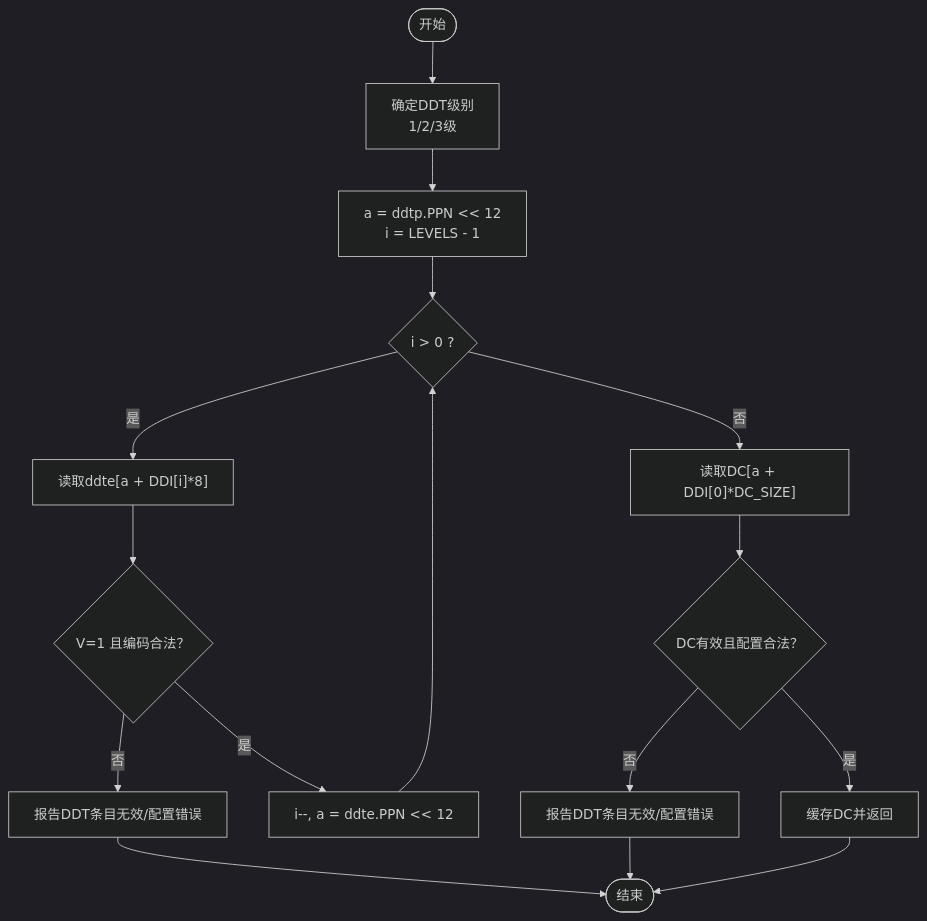
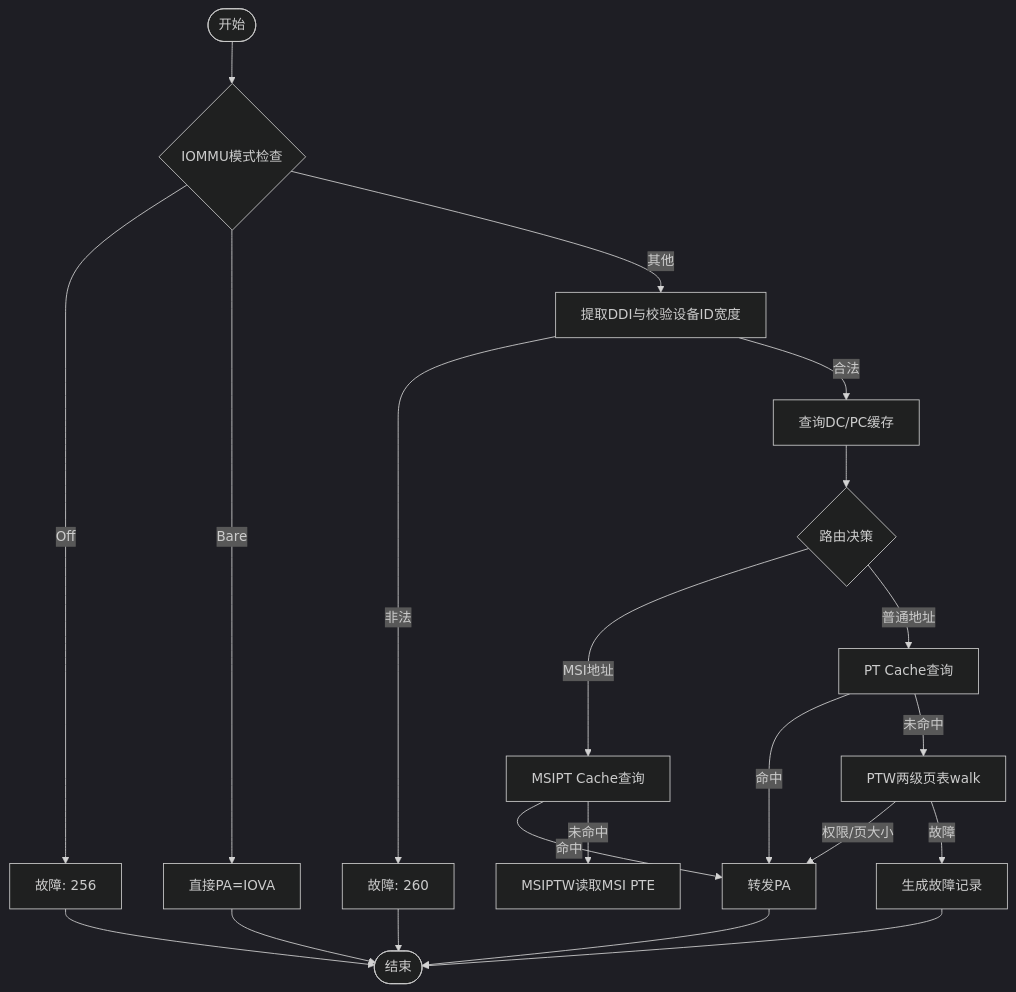
One commit to jiangjiang1122/iommu_model_20260401_v1 changed the fourth of 6 diagrams in .qoder/repowiki/zh/content/项目概述/项目概述.md. Above: the diagram before and after it, drawn with Mermaid (dark theme). The commit also changed other lines of this file and 92 other files, not shown here.

````diff
--- a/.qoder/repowiki/zh/content/项目概述/项目概述.md
+++ b/.qoder/repowiki/zh/content/项目概述/项目概述.md
@@ -224,18 +224,23 @@
 ```mermaid
 flowchart TD
-Start(["开始"]) --> Mode["确定DDT级别<br/>1/2/3级"]
-Mode --> Init["a = ddtp.PPN << 12<br/>i = LEVELS - 1"]
-Init --> Loop{"i > 0 ?"}
-Loop --> |是| Walk["读取ddte[a + DDI[i]*8]"]
-Walk --> Check1{"V=1 且编码合法？"}
-Check1 --> |否| Fault1["报告DDT条目无效/配置错误"]
-Check1 --> |是| Next["i--, a = ddte.PPN << 12"]
-Next --> Loop
-Loop --> |否| ReadDC["读取DC[a + DDI[0]*DC_SIZE]"]
-ReadDC --> Check2{"DC有效且配置合法？"}
-Check2 --> |否| Fault2["报告DDT条目无效/配置错误"]
-Check2 --> |是| Cache["缓存DC并返回"]
-Fault1 --> End(["结束"])
-Fault2 --> End
-Cache --> End
+START(["开始"]) --> MODE{"IOMMU模式检查"}
+MODE --> |Off| FAULT1["故障: 256"]
+MODE --> |Bare| BARE["直接PA=IOVA"]
+MODE --> |其他| DDI["提取DDI与校验设备ID宽度"]
+DDI --> |非法| FAULT2["故障: 260"]
+DDI --> |合法| DCPC["查询DC/PC缓存"]
+DCPC --> ROUTE{"路由决策"}
+ROUTE --> |MSI地址| MSI["MSIPT Cache查询"]
+ROUTE --> |普通地址| PT["PT Cache查询"]
+PT --> |命中| FORWARD["转发PA"]
+PT --> |未命中| PTW["PTW两级页表walk"]
+MSI --> |命中| FORWARD
+MSI --> |未命中| MSIPTW["MSIPTW读取MSI PTE"]
+PTW --> |权限/页大小| FORWARD
+PTW --> |故障| FAULT3["生成故障记录"]
+FORWARD --> END(["结束"])
+FAULT1 --> END
+FAULT2 --> END
+FAULT3 --> END
+BARE --> END
 ```
````
